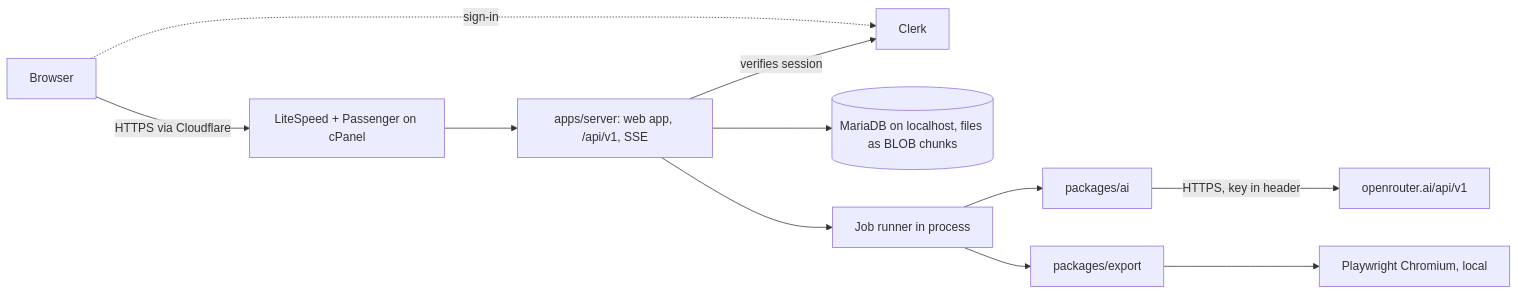
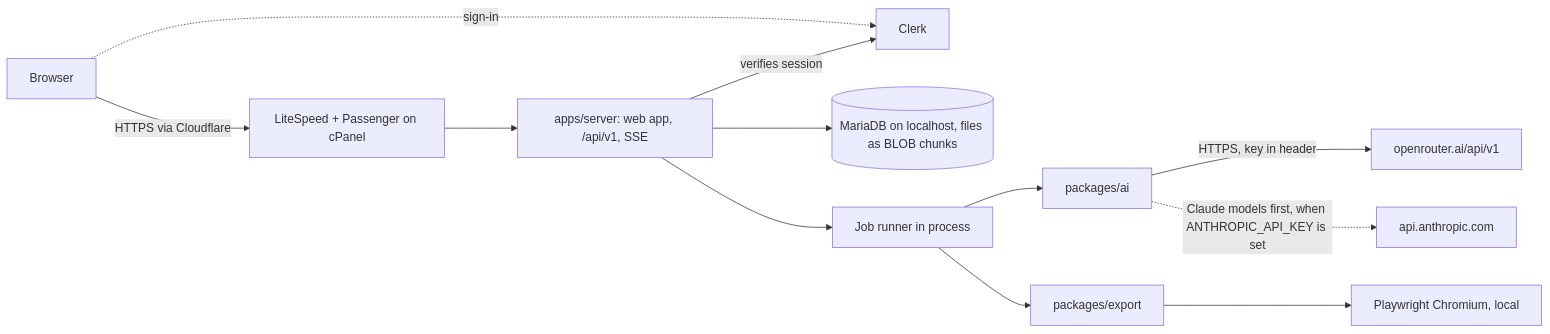
One commit to devgeereact/Volume changed the diagram in docs/02-architecture/ARCHITECTURE.md. Above: the diagram before and after it, drawn with Mermaid. The commit also changed other lines of this file and 58 other files, not shown here.

````diff
--- a/docs/02-architecture/ARCHITECTURE.md
+++ b/docs/02-architecture/ARCHITECTURE.md
@@ -49,13 +52,14 @@
 ```mermaid
 flowchart LR
   B[Browser] -- HTTPS via Cloudflare --> P[LiteSpeed + Passenger on cPanel]
   P --> S[apps/server: web app, /api/v1, SSE]
   B -. sign-in .-> C[Clerk]
   S -- verifies session --> C
   S --> DB[(MariaDB on localhost, files as BLOB chunks)]
   S --> Q[Job runner in process]
   Q --> AI[packages/ai]
   Q --> EX[packages/export]
   AI -- HTTPS, key in header --> OR[openrouter.ai/api/v1]
+  AI -. Claude models first, when ANTHROPIC_API_KEY is set .-> AN[api.anthropic.com]
   EX --> PW[Playwright Chromium, local]
 ```
````
